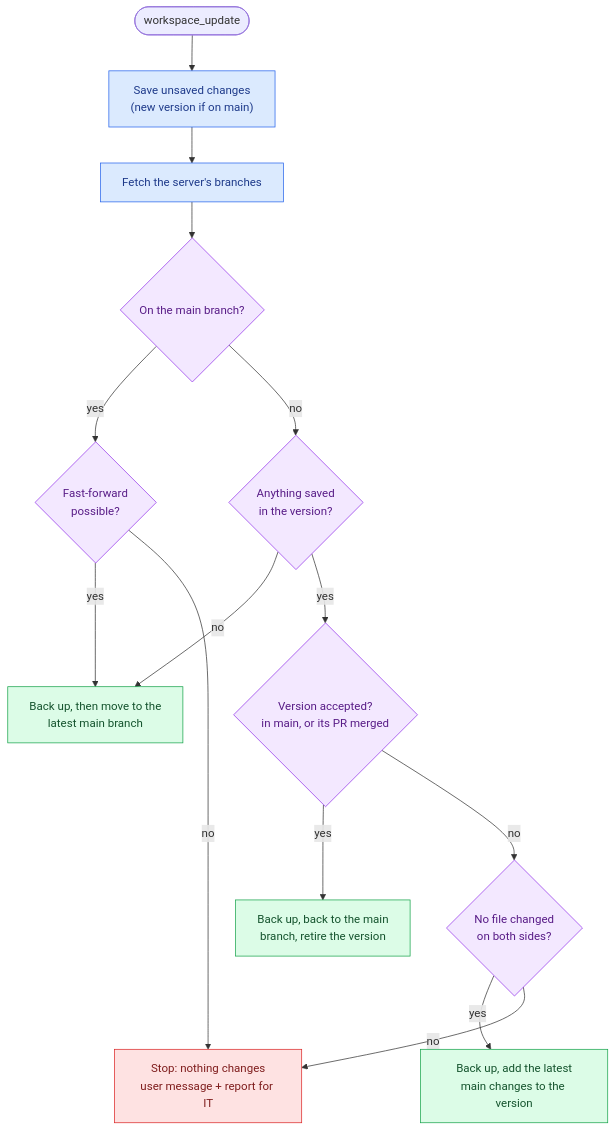
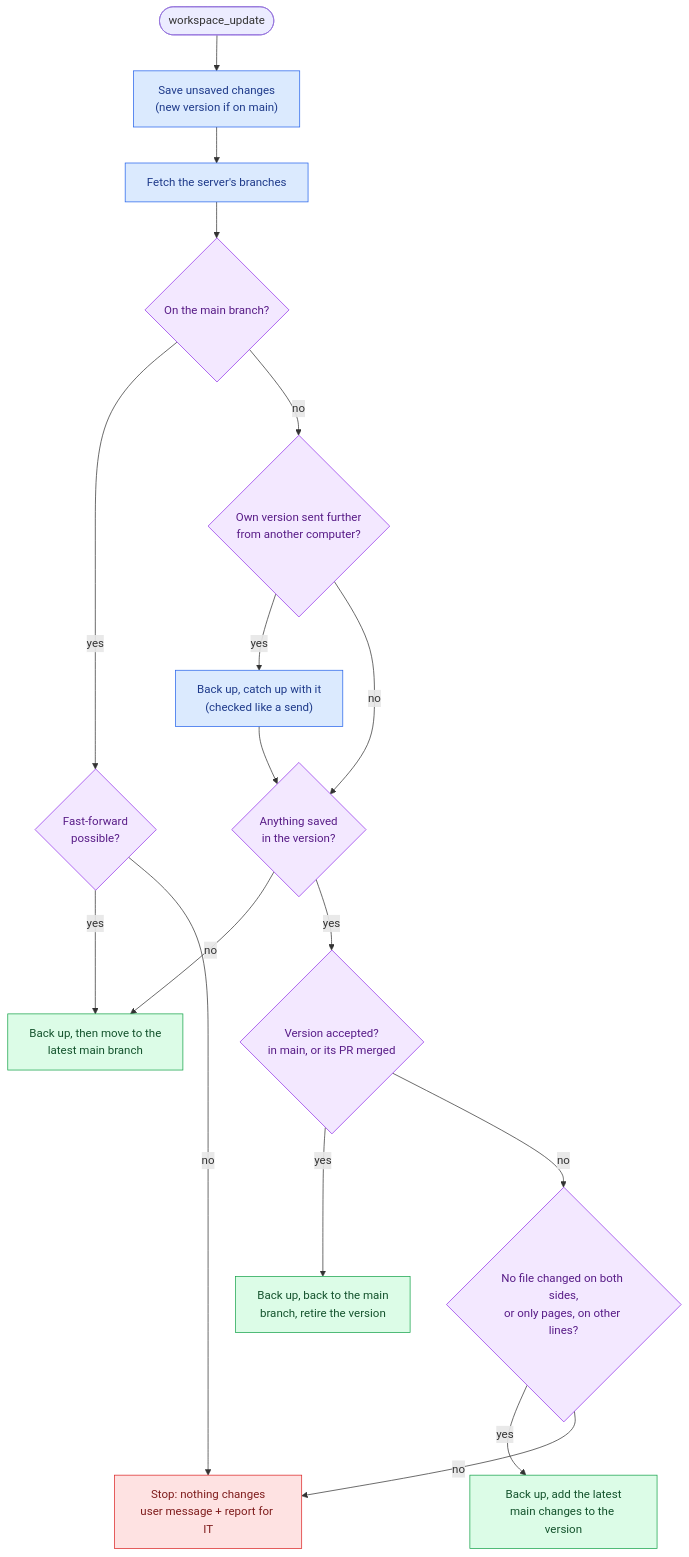
One commit to grojof/eunomai-business changed the third of 4 diagrams in docs/architecture.md. Above: the diagram before and after it, drawn with Mermaid. The commit also changed other lines of this file and 25 other files, not shown here.

First line of the commit message:
0.2.5: a version is one person's; going on from another computer; pages joined by line (#79)

````diff
--- a/docs/architecture.md
+++ b/docs/architecture.md
@@ -91,25 +103,28 @@
 ```mermaid
 flowchart TD
     start([workspace_update]) --> keep["Save unsaved changes<br/>(new version if on main)"]
     keep --> fetch["Fetch the server's branches"]
     fetch --> where{"On the main branch?"}
     where -- yes --> ff{"Fast-forward<br/>possible?"}
     ff -- yes --> moved["Back up, then move to the<br/>latest main branch"]
     ff -- no --> stop
-    where -- no --> saved{"Anything saved<br/>in the version?"}
+    where -- no --> elsewhere{"Own version sent further<br/>from another computer?"}
+    elsewhere -- yes --> catch["Back up, catch up with it<br/>(checked like a send)"]
+    catch --> saved
+    elsewhere -- no --> saved{"Anything saved<br/>in the version?"}
     saved -- no --> moved
     saved -- yes --> accepted{"Version accepted?<br/>in main, or its PR merged"}
     accepted -- yes --> retire["Back up, back to the main<br/>branch, retire the version"]
-    accepted -- no --> clean{"No file changed<br/>on both sides?"}
+    accepted -- no --> clean{"No file changed on both sides,<br/>or only pages, on other lines?"}
     clean -- yes --> combine["Back up, add the latest<br/>main changes to the version"]
     clean -- no --> stop["Stop: nothing changes<br/>user message + report for IT"]
 
     classDef action fill:#dbeafe,stroke:#2563eb,color:#1e3a8a
     classDef decision fill:#f3e8ff,stroke:#9333ea,color:#581c87
     classDef safeguard fill:#dcfce7,stroke:#16a34a,color:#14532d
     classDef halt fill:#fee2e2,stroke:#dc2626,color:#7f1d1d
-    class keep,fetch action
-    class where,saved,ff,accepted,clean decision
+    class keep,fetch,catch action
+    class where,elsewhere,saved,ff,accepted,clean decision
     class moved,retire,combine safeguard
     class stop halt
 ```
````
